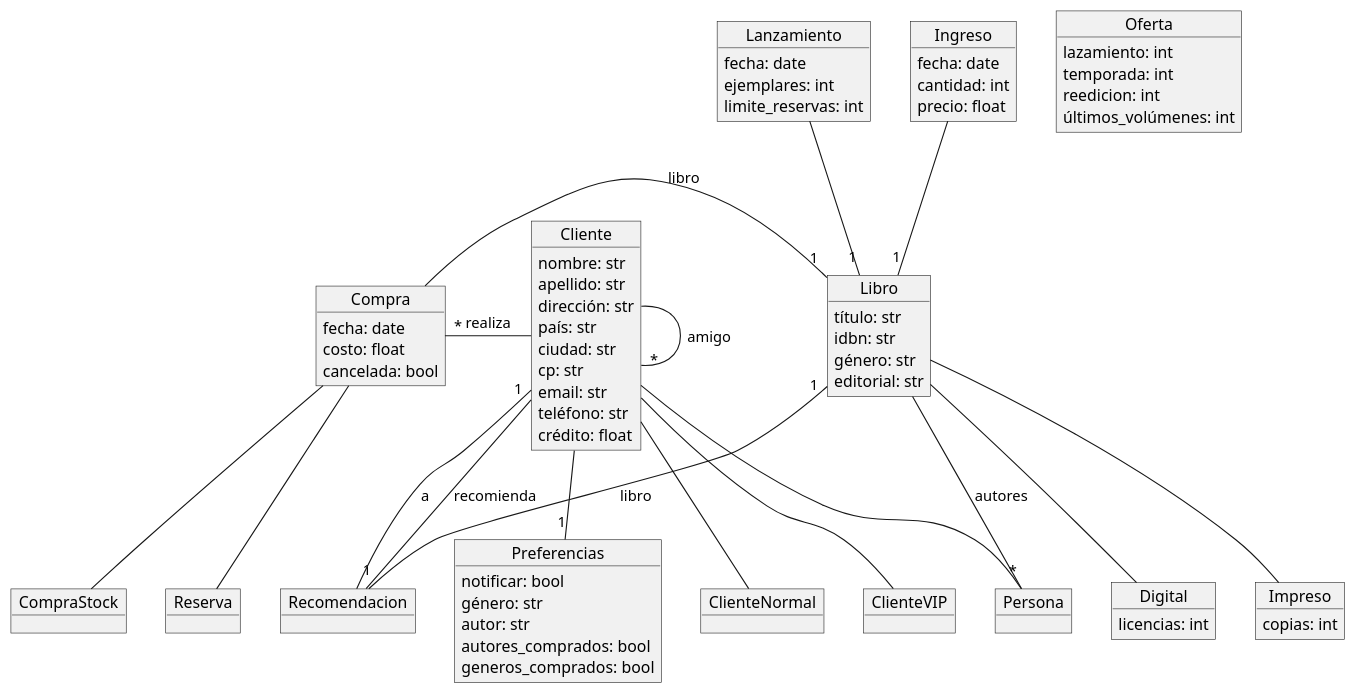
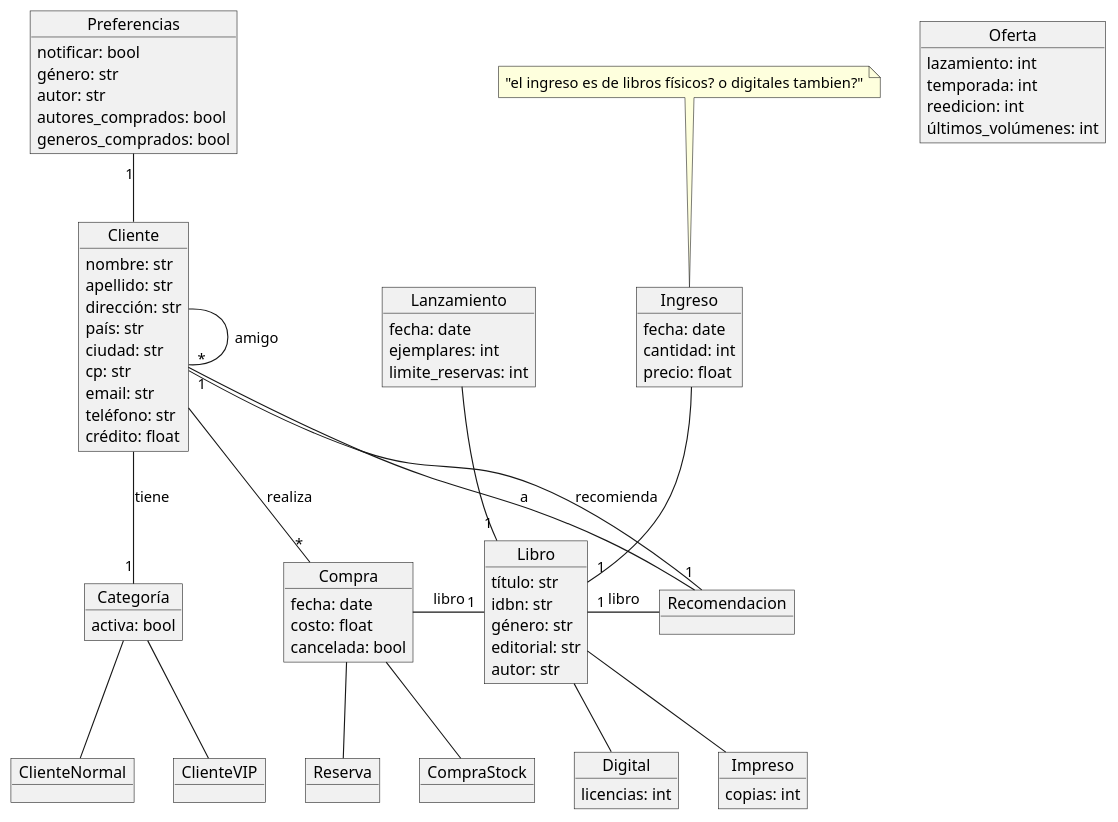
One commit to pablodanielrey/dsbm changed the diagram in tp1/modelo-de-dominio.plantuml. Above: the diagram before and after it, drawn with PlantUML. The commit also changed 1 other file, not shown here.

Commit message:
comente lo del stock y lo deje como lo pensaba hacer

```diff
--- a/tp1/modelo-de-dominio.plantuml
+++ b/tp1/modelo-de-dominio.plantuml
@@ -1,101 +1,127 @@
 @startuml
 
 object Oferta {
     lazamiento: int
     temporada: int
     reedicion: int
     últimos_volúmenes: int
 }
 
 
 together {
-    object Persona
+    'object Persona
     object Cliente {
         nombre: str
         apellido: str
         dirección: str
         país: str
         ciudad: str
         cp: str
         email: str
         teléfono: str
         crédito: float
+    }
+
+    object Categoría {
+        activa: bool
     }
     object ClienteNormal
     object ClienteVIP
 }
 
 object Preferencias {
     notificar: bool
     género: str
     autor: str
     autores_comprados: bool
     generos_comprados: bool
 }
 
 together {
     object Libro {
         título: str
         idbn: str
         género: str
         editorial: str
+        autor: str
     }
     object Digital {
         licencias: int
     }
     object Impreso {
         copias: int
     }
 }
 
 
 object Lanzamiento {
     fecha: date
     ejemplares: int
     limite_reservas: int
 }
 
 object Compra {
     fecha: date
     costo: float
     cancelada: bool
 }
 object CompraStock {
 }
 object Reserva {
 }
 
 
 object Ingreso {
     fecha: date
     cantidad: int
     precio: float
 }
+note top of Ingreso: "el ingreso es de libros físicos? o digitales tambien?"
 
 
 object Recomendacion
+
+/'
+object Inventario
+object StockDigital {
+    licencias: int
+}
+object StockFisico {
+    copias: int
+}
+
+Inventario -u- StockDigital
+StockDigital -u- "1" Digital : en_stock
+Inventario -u- StockFisico
+StockFisico -u- "1" Impreso : en_stock
+'/
 
 Compra - "1" Libro : libro
 Compra -d- CompraStock
 Compra -d- Reserva
 
 
-Libro -- "*" Persona : autores
-Persona -d- Cliente
-Cliente -d- ClienteNormal
-Cliente -d- ClienteVIP
+'Libro -- "*" Persona : autores
+'Persona -d- Cliente
 
-Cliente -l- "*" Compra : realiza
-Cliente -d- "1" Preferencias
+Cliente -d- "1" Categoría : tiene
+Categoría -d- ClienteNormal
+Categoría -d- ClienteVIP
+
+Cliente --- "*" Compra : realiza
+Cliente -u- "1" Preferencias
 Cliente - "*" Cliente : amigo
-Cliente -d- "1" Recomendacion : recomienda
-Recomendacion -u- "1" Cliente : a
+Cliente -- "1" Recomendacion : recomienda
+Recomendacion -- "1" Cliente : a
 Recomendacion -l- "1" Libro : libro
+
 
 Libro -d- Digital
 Libro -d- Impreso
+
+
 
 Ingreso -d- "1" Libro
 Lanzamiento -d- "1" Libro
 
 @enduml
```
